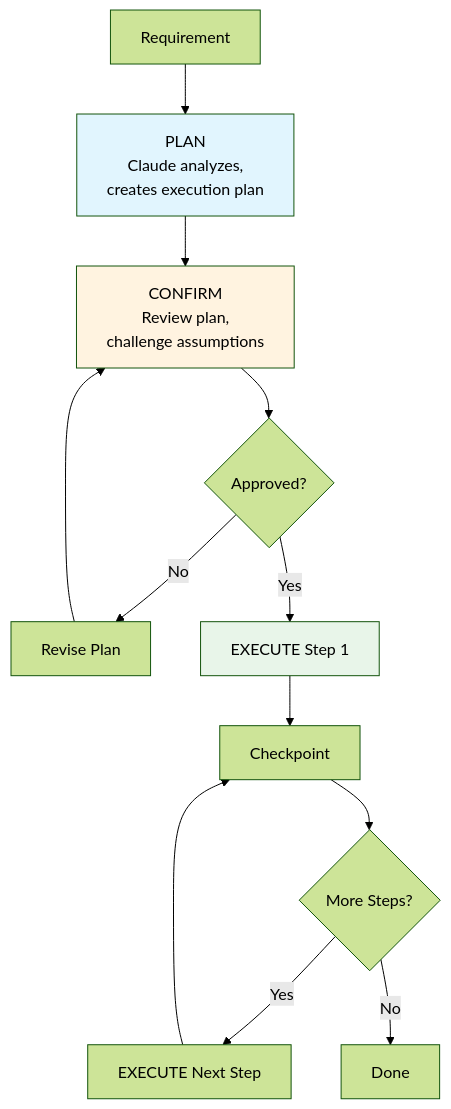
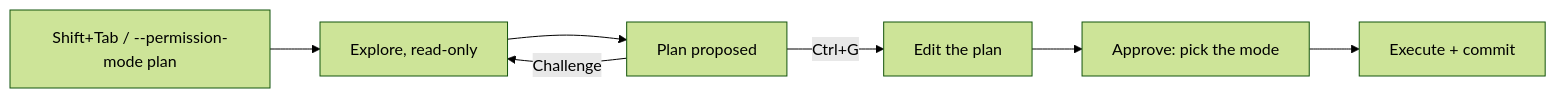
Before and after one commit to ShipWithAI/claude-code-mastery: the diagram in src/content/docs/en/claude-code/phase-06-thinking-planning/02-plan-mode.md, drawn with Mermaid (forest theme). The commit also changed other lines of this file and 8 other files, not shown here.

````diff
--- a/src/content/docs/en/claude-code/phase-06-thinking-planning/02-plan-mode.md
+++ b/src/content/docs/en/claude-code/phase-06-thinking-planning/02-plan-mode.md
@@ -36,18 +65,9 @@
 ```mermaid
-graph TD
-    A[Requirement] --> B[PLAN<br/>Claude analyzes,<br/>creates execution plan]
-    B --> C[CONFIRM<br/>Review plan,<br/>challenge assumptions]
-    C --> D{Approved?}
-    D -->|No| E[Revise Plan]
-    E --> C
-    D -->|Yes| F[EXECUTE Step 1]
-    F --> G[Checkpoint]
-    G --> H{More Steps?}
-    H -->|Yes| I[EXECUTE Next Step]
-    I --> G
-    H -->|No| J[Done]
-
-    style B fill:#e1f5fe
-    style C fill:#fff3e0
-    style F fill:#e8f5e9
+graph LR
+    A[Shift+Tab / --permission-mode plan] --> B[Explore, read-only]
+    B --> C[Plan proposed]
+    C -->|Ctrl+G| D[Edit the plan]
+    C -->|Challenge| B
+    D --> E[Approve: pick the mode]
+    E --> F[Execute + commit]
 ```
````
